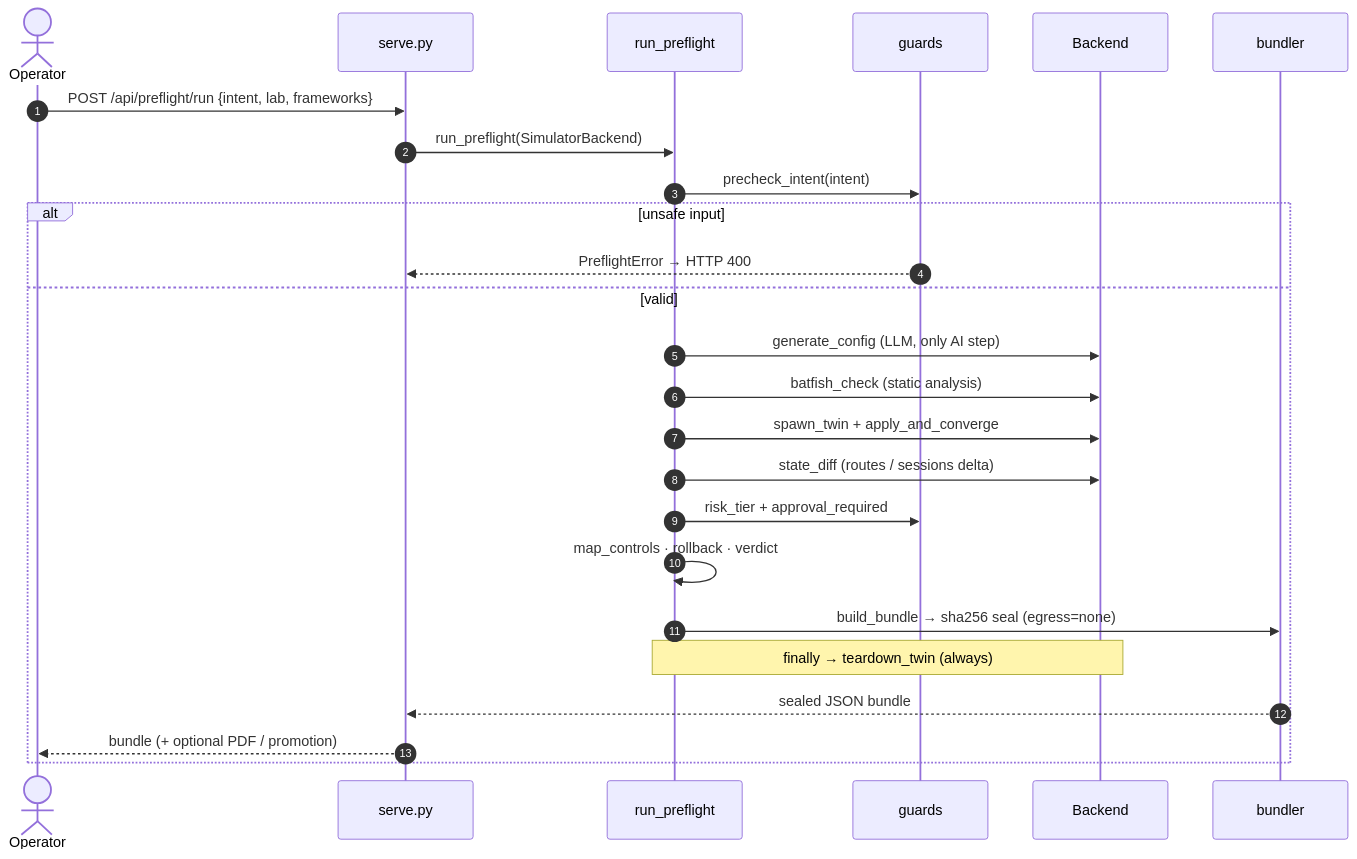
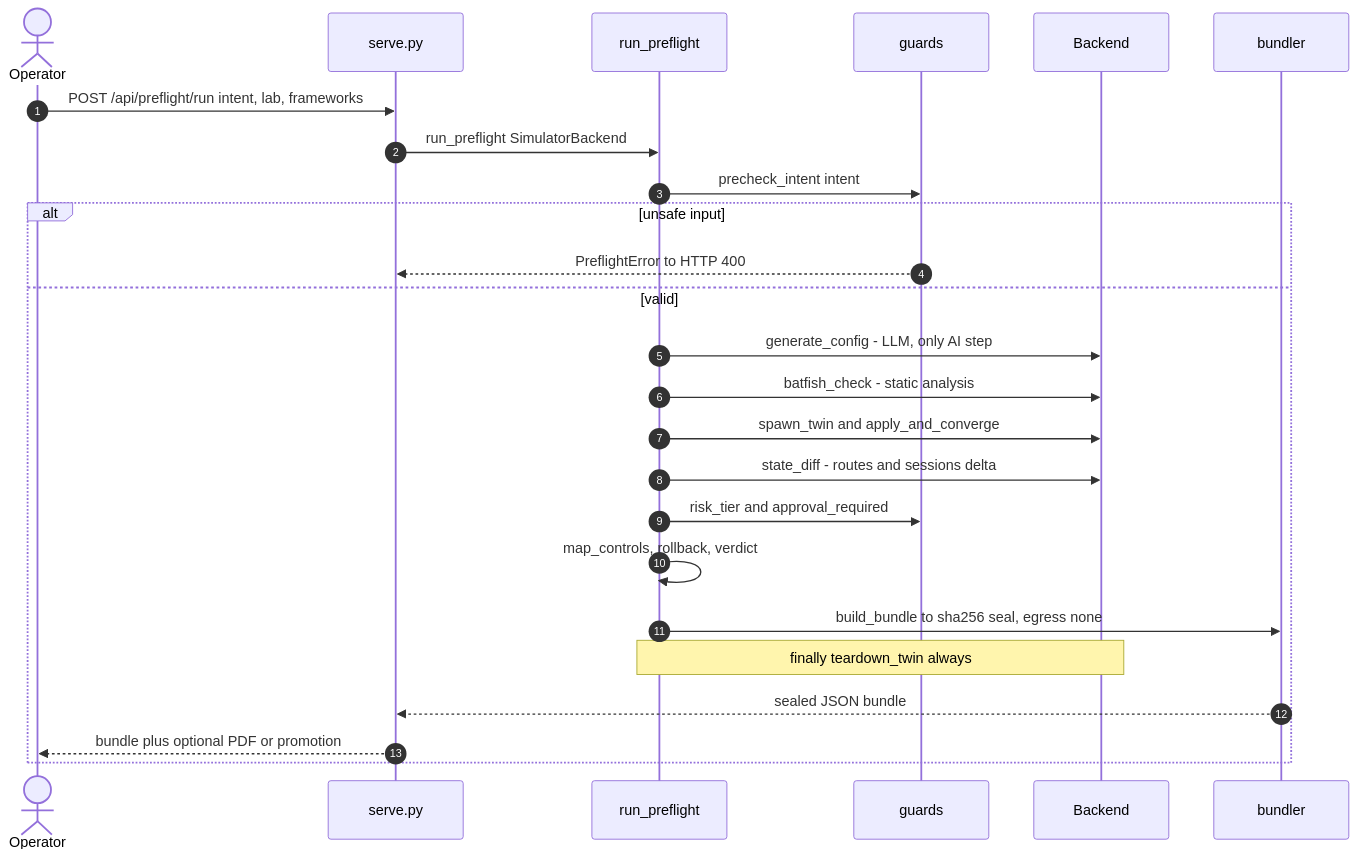
Before and after one commit to gesh75/aegis: the third of 6 diagrams in docs/ARCHITECTURE.md, drawn with Mermaid. The commit also changed other lines of this file and 1 other file, not shown here.

Commit message:
docs: harden mermaid diagrams for reliable GitHub rendering

````diff
--- a/docs/ARCHITECTURE.md
+++ b/docs/ARCHITECTURE.md
@@ -145,28 +145,28 @@
 ```mermaid
 sequenceDiagram
     autonumber
     actor Op as Operator
     participant Srv as serve.py
     participant Pipe as run_preflight
     participant G as guards
     participant B as Backend
     participant Ev as bundler
 
-    Op->>Srv: POST /api/preflight/run {intent, lab, frameworks}
-    Srv->>Pipe: run_preflight(SimulatorBackend)
-    Pipe->>G: precheck_intent(intent)
+    Op->>Srv: POST /api/preflight/run intent, lab, frameworks
+    Srv->>Pipe: run_preflight SimulatorBackend
+    Pipe->>G: precheck_intent intent
     alt unsafe input
-        G-->>Srv: PreflightError → HTTP 400
+        G-->>Srv: PreflightError to HTTP 400
     else valid
-        Pipe->>B: generate_config (LLM, only AI step)
-        Pipe->>B: batfish_check (static analysis)
-        Pipe->>B: spawn_twin + apply_and_converge
-        Pipe->>B: state_diff (routes / sessions delta)
-        Pipe->>G: risk_tier + approval_required
-        Pipe->>Pipe: map_controls · rollback · verdict
-        Pipe->>Ev: build_bundle → sha256 seal (egress=none)
-        Note over Pipe,B: finally → teardown_twin (always)
+        Pipe->>B: generate_config - LLM, only AI step
+        Pipe->>B: batfish_check - static analysis
+        Pipe->>B: spawn_twin and apply_and_converge
+        Pipe->>B: state_diff - routes and sessions delta
+        Pipe->>G: risk_tier and approval_required
+        Pipe->>Pipe: map_controls, rollback, verdict
+        Pipe->>Ev: build_bundle to sha256 seal, egress none
+        Note over Pipe,B: finally teardown_twin always
         Ev-->>Srv: sealed JSON bundle
-        Srv-->>Op: bundle (+ optional PDF / promotion)
+        Srv-->>Op: bundle plus optional PDF or promotion
     end
 ```
````
